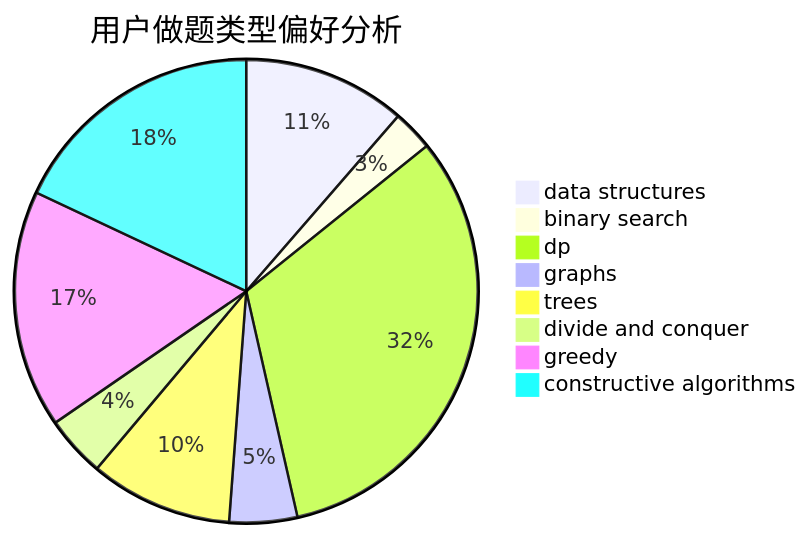
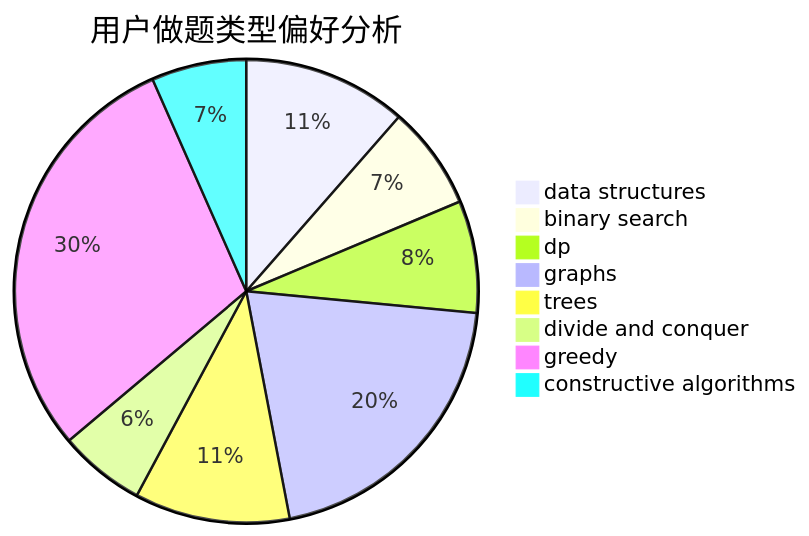
The second of 3 diagrams in docs/user/u2659.md (sherpahu/cfrs.github.io), drawn with Mermaid before and after one commit. The commit also changed other lines of this file and 2770 other files, not shown here.

````diff
--- a/docs/user/u2659.md
+++ b/docs/user/u2659.md
@@ -23,11 +23,11 @@
 ```mermaid
 pie title 用户做题类型偏好分析
-    "data structures" :  24
-    "binary search" :  6
-    "dp" :  68
-    "graphs" :  10
-    "trees" :  21
-    "divide and conquer" :  9
-    "greedy" :  35
-    "constructive algorithms" :  38
+    "data structures" :  19
+    "binary search" :  12
+    "dp" :  13
+    "graphs" :  34
+    "trees" :  18
+    "divide and conquer" :  10
+    "greedy" :  49
+    "constructive algorithms" :  11
 ```
````
